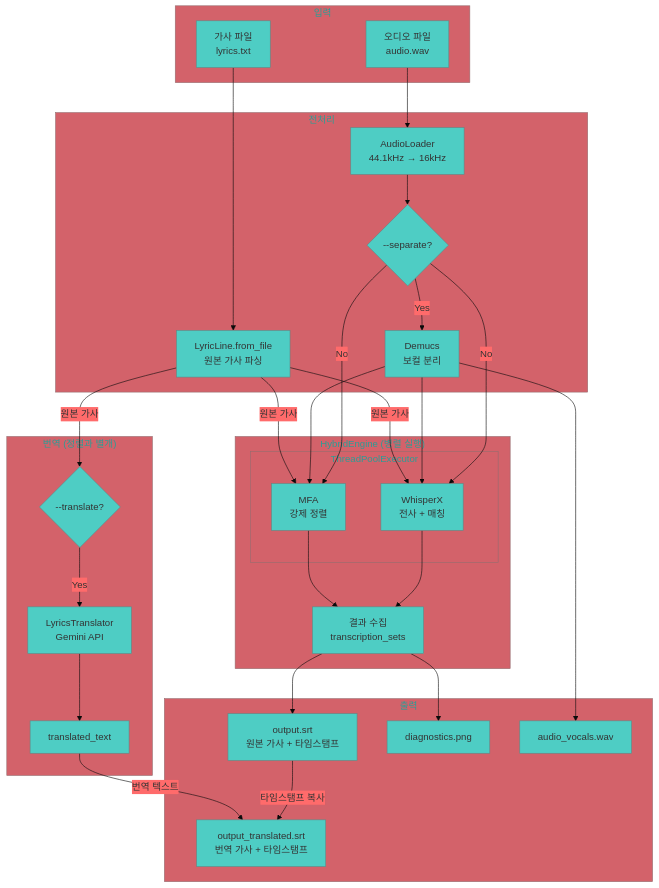
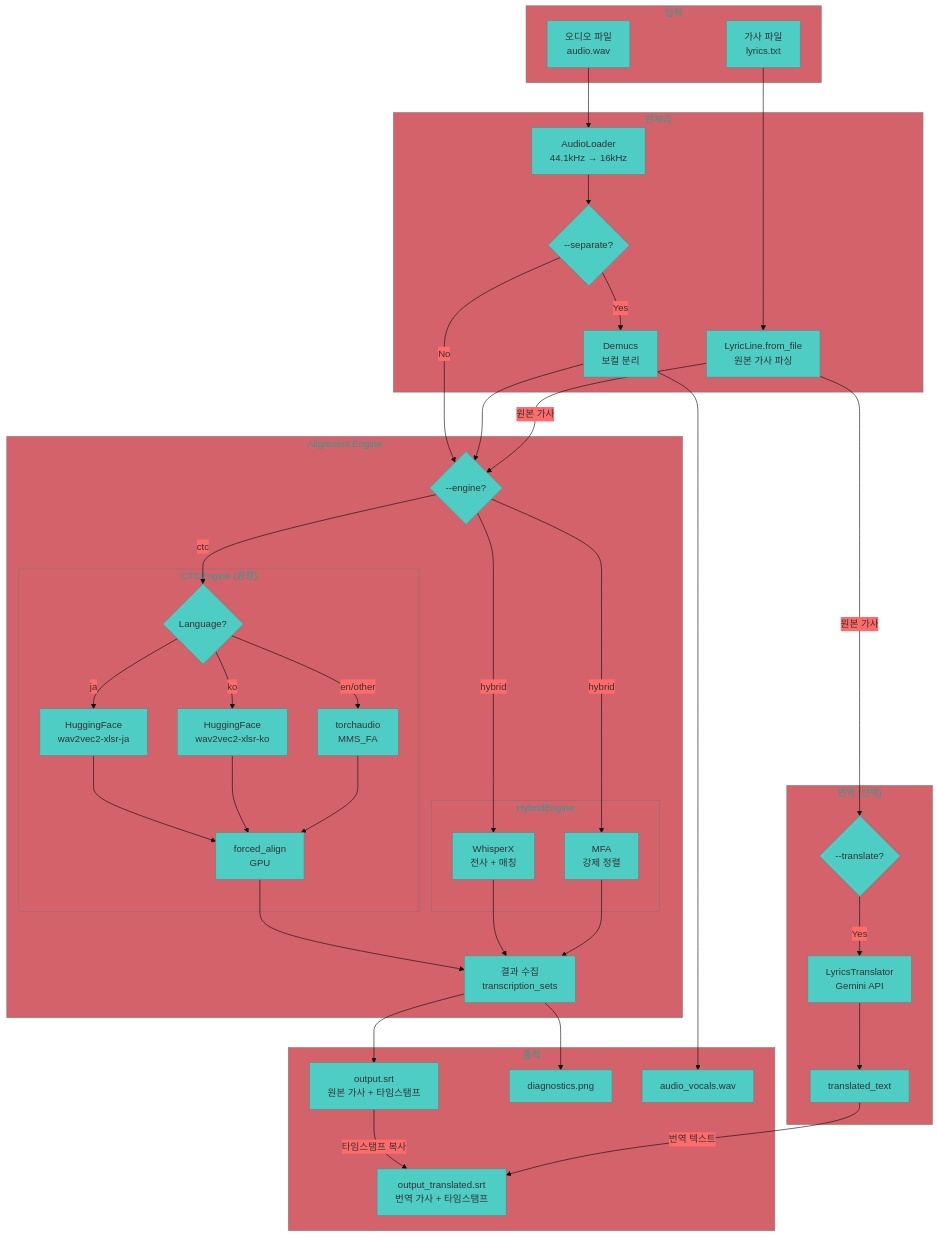
The diagram in diagrams/01_overall_pipeline.mermaid (onpe5679/Everyric2), drawn with Mermaid before and after one commit. The commit also changed 4 other files, not shown here.

Commit message:
다이어그램 업뎃

```diff
--- a/diagrams/01_overall_pipeline.mermaid
+++ b/diagrams/01_overall_pipeline.mermaid
@@ -1,60 +1,80 @@
 %%{init: {'theme': 'base', 'themeVariables': { 'primaryColor': '#4ECDC4', 'secondaryColor': '#FF6B6B'}}}%%
 flowchart TD
     subgraph INPUT["입력"]
         A[오디오 파일<br/>audio.wav]
         B[가사 파일<br/>lyrics.txt]
     end
 
     subgraph PREPROCESS["전처리"]
         C[AudioLoader<br/>44.1kHz → 16kHz]
         D{--separate?}
         E[Demucs<br/>보컬 분리]
         F[LyricLine.from_file<br/>원본 가사 파싱]
     end
 
-    subgraph ENGINE["HybridEngine (병렬 실행)"]
-        subgraph PARALLEL["ThreadPoolExecutor"]
+    subgraph ENGINE["Alignment Engine"]
+        ENG{--engine?}
+        
+        subgraph CTC_ENG["CTCEngine (권장)"]
+            CTC_LANG{Language?}
+            CTC_JA[HuggingFace<br/>wav2vec2-xlsr-ja]
+            CTC_KO[HuggingFace<br/>wav2vec2-xlsr-ko]
+            CTC_EN[torchaudio<br/>MMS_FA]
+            CTC_FA[forced_align<br/>GPU]
+        end
+        
+        subgraph HYBRID_ENG["HybridEngine"]
             J[WhisperX<br/>전사 + 매칭]
             K[MFA<br/>강제 정렬]
         end
+        
         I[결과 수집<br/>transcription_sets]
     end
 
-    subgraph TRANSLATE["번역 (정렬과 별개)"]
+    subgraph TRANSLATE["번역 (선택)"]
         G{--translate?}
         H[LyricsTranslator<br/>Gemini API]
         T[translated_text]
     end
 
     subgraph OUTPUT["출력"]
         L[output.srt<br/>원본 가사 + 타임스탬프]
         L2[output_translated.srt<br/>번역 가사 + 타임스탬프]
         M[diagnostics.png]
         N[audio_vocals.wav]
     end
 
     A --> C
     B --> F
     C --> D
     D -->|Yes| E
-    D -->|No| J
-    D -->|No| K
-    E --> J
-    E --> K
+    D -->|No| ENG
+    E --> ENG
     E --> N
     
-    F -->|원본 가사| J
-    F -->|원본 가사| K
+    ENG -->|ctc| CTC_LANG
+    CTC_LANG -->|ja| CTC_JA
+    CTC_LANG -->|ko| CTC_KO
+    CTC_LANG -->|en/other| CTC_EN
+    CTC_JA --> CTC_FA
+    CTC_KO --> CTC_FA
+    CTC_EN --> CTC_FA
+    CTC_FA --> I
+    
+    ENG -->|hybrid| J
+    ENG -->|hybrid| K
+    
+    F -->|원본 가사| ENG
     F -->|원본 가사| G
     
     J --> I
     K --> I
     
     G -->|Yes| H
     H --> T
     
     I --> L
     L -->|타임스탬프 복사| L2
     T -->|번역 텍스트| L2
     
     I --> M
```
